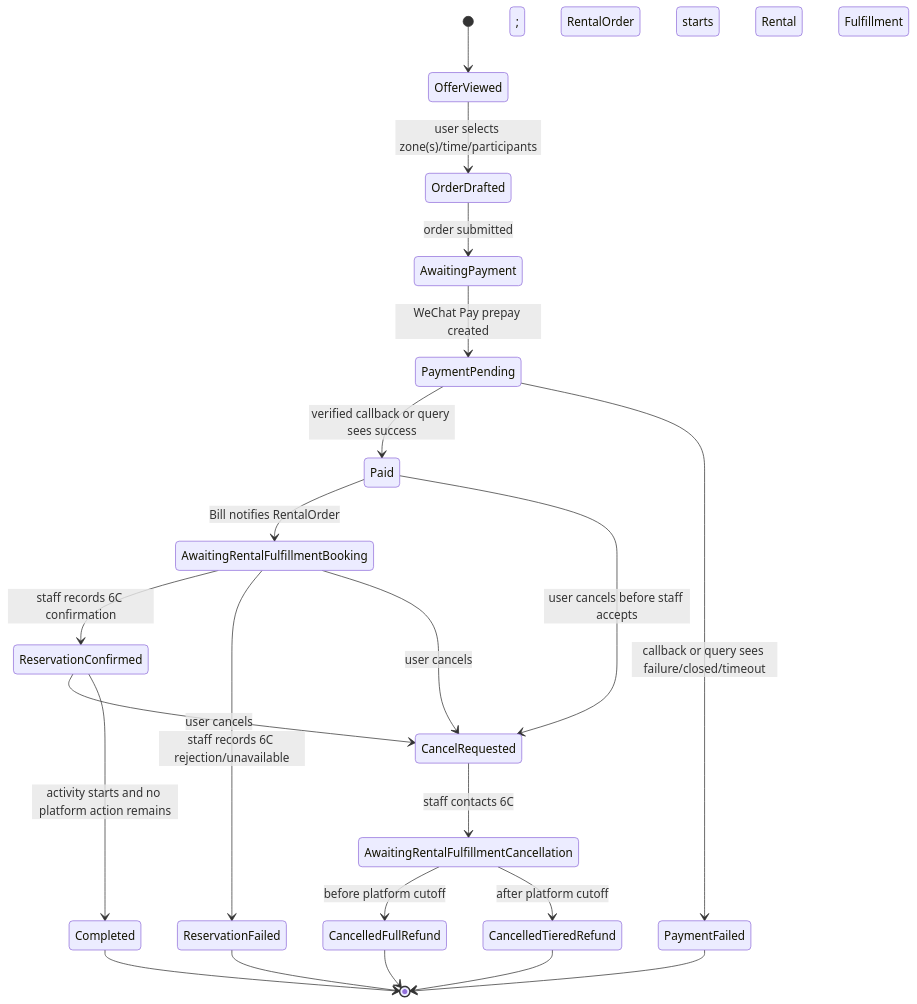
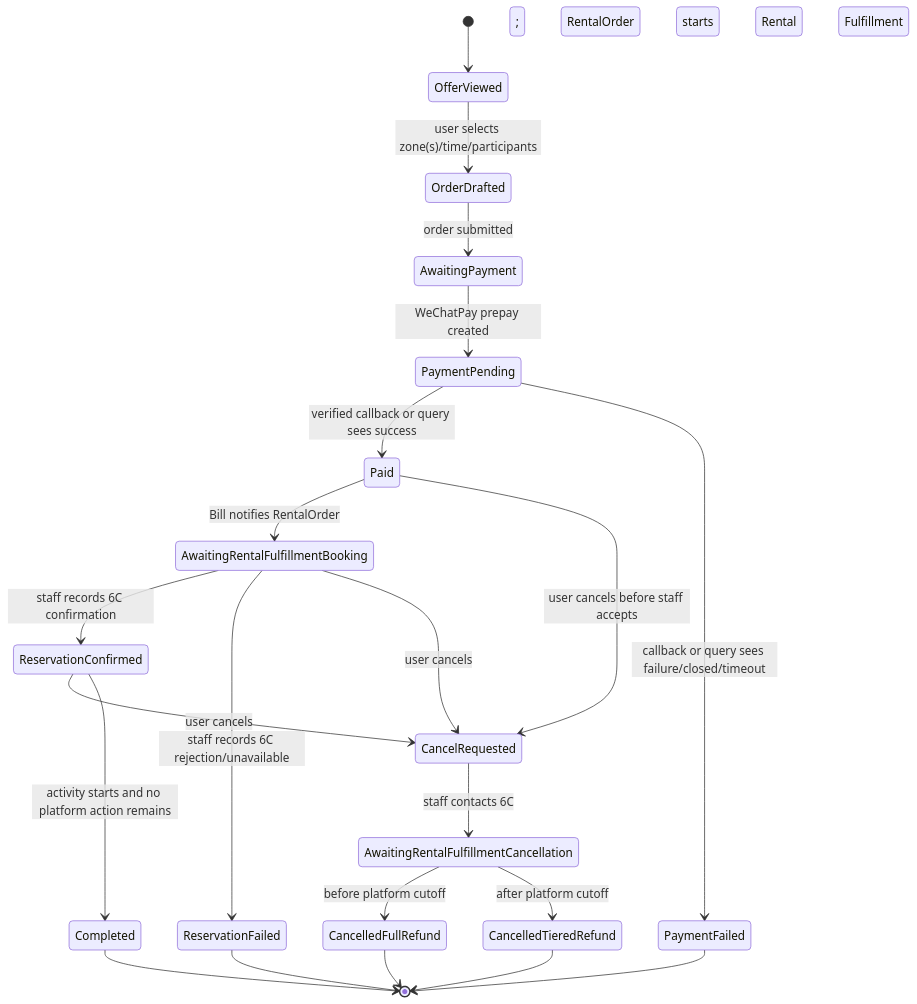
One commit to partner-up-dev/app changed the first of 2 diagrams in tasks/issue-231-ecommerce-mvp/60-6c-time-slot-reservation.md. Above: the diagram before and after it, drawn with Mermaid. The commit also changed other lines of this file and 29 other files, not shown here.

````diff
--- a/tasks/issue-231-ecommerce-mvp/60-6c-time-slot-reservation.md
+++ b/tasks/issue-231-ecommerce-mvp/60-6c-time-slot-reservation.md
@@ -94,24 +94,24 @@
 ```mermaid
 stateDiagram-v2
   [*] --> OfferViewed
   OfferViewed --> OrderDrafted: user selects zone(s)/time/participants
   OrderDrafted --> AwaitingPayment: order submitted
-  AwaitingPayment --> PaymentPending: WeChat Pay prepay created
+  AwaitingPayment --> PaymentPending: WeChatPay prepay created
   PaymentPending --> Paid: verified callback or query sees success
   PaymentPending --> PaymentFailed: callback or query sees failure/closed/timeout
   Paid --> AwaitingRentalFulfillmentBooking: Bill notifies RentalOrder; RentalOrder starts Rental Fulfillment
   AwaitingRentalFulfillmentBooking --> ReservationConfirmed: staff records 6C confirmation
   AwaitingRentalFulfillmentBooking --> ReservationFailed: staff records 6C rejection/unavailable
   Paid --> CancelRequested: user cancels before staff accepts
   AwaitingRentalFulfillmentBooking --> CancelRequested: user cancels
   ReservationConfirmed --> CancelRequested: user cancels
   CancelRequested --> AwaitingRentalFulfillmentCancellation: staff contacts 6C
   AwaitingRentalFulfillmentCancellation --> CancelledFullRefund: before platform cutoff
   AwaitingRentalFulfillmentCancellation --> CancelledTieredRefund: after platform cutoff
   ReservationConfirmed --> Completed: activity starts and no platform action remains
   Completed --> [*]
   PaymentFailed --> [*]
   ReservationFailed --> [*]
   CancelledFullRefund --> [*]
   CancelledTieredRefund --> [*]
 ```
````
